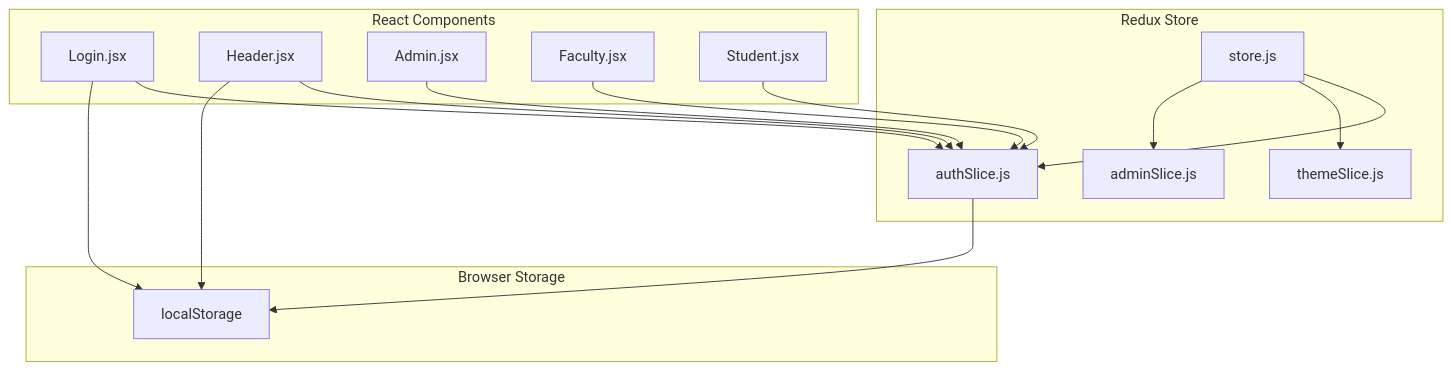
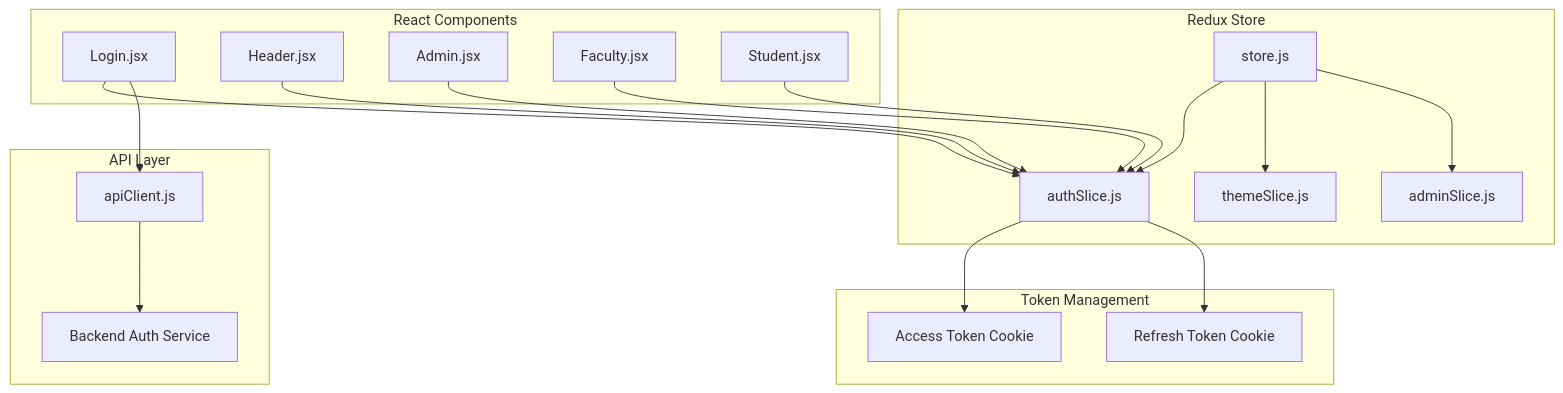
Before and after one commit to Aryan9060/Timetable-Project: the first of 4 diagrams in .qoder/repowiki/en/content/Authentication & Authorization/Frontend Authentication State Management.md, drawn with Mermaid. The commit also changed other lines of this file and 7 other files, not shown here.

````diff
--- a/.qoder/repowiki/en/content/Authentication & Authorization/Frontend Authentication State Management.md
+++ b/.qoder/repowiki/en/content/Authentication & Authorization/Frontend Authentication State Management.md
@@ -34,30 +45,36 @@
 ```mermaid
 graph TB
 subgraph "Redux Store"
 Store[store.js]
 AuthSlice[authSlice.js]
 ThemeSlice[themeSlice.js]
 AdminSlice[adminSlice.js]
 end
 subgraph "React Components"
 Login[Login.jsx]
 Header[Header.jsx]
 Admin[Admin.jsx]
 Faculty[Faculty.jsx]
 Student[Student.jsx]
 end
-subgraph "Browser Storage"
-LocalStorage[localStorage]
+subgraph "API Layer"
+ApiClient[apiClient.js]
+AuthService[Backend Auth Service]
+end
+subgraph "Token Management"
+AccessToken[Access Token Cookie]
+RefreshToken[Refresh Token Cookie]
 end
 Store --> AuthSlice
 Store --> ThemeSlice
 Store --> AdminSlice
 Login --> AuthSlice
 Header --> AuthSlice
 Admin --> AuthSlice
 Faculty --> AuthSlice
 Student --> AuthSlice
-AuthSlice --> LocalStorage
-Login --> LocalStorage
-Header --> LocalStorage
+AuthSlice --> AccessToken
+AuthSlice --> RefreshToken
+Login --> ApiClient
+ApiClient --> AuthService
 ```
````
